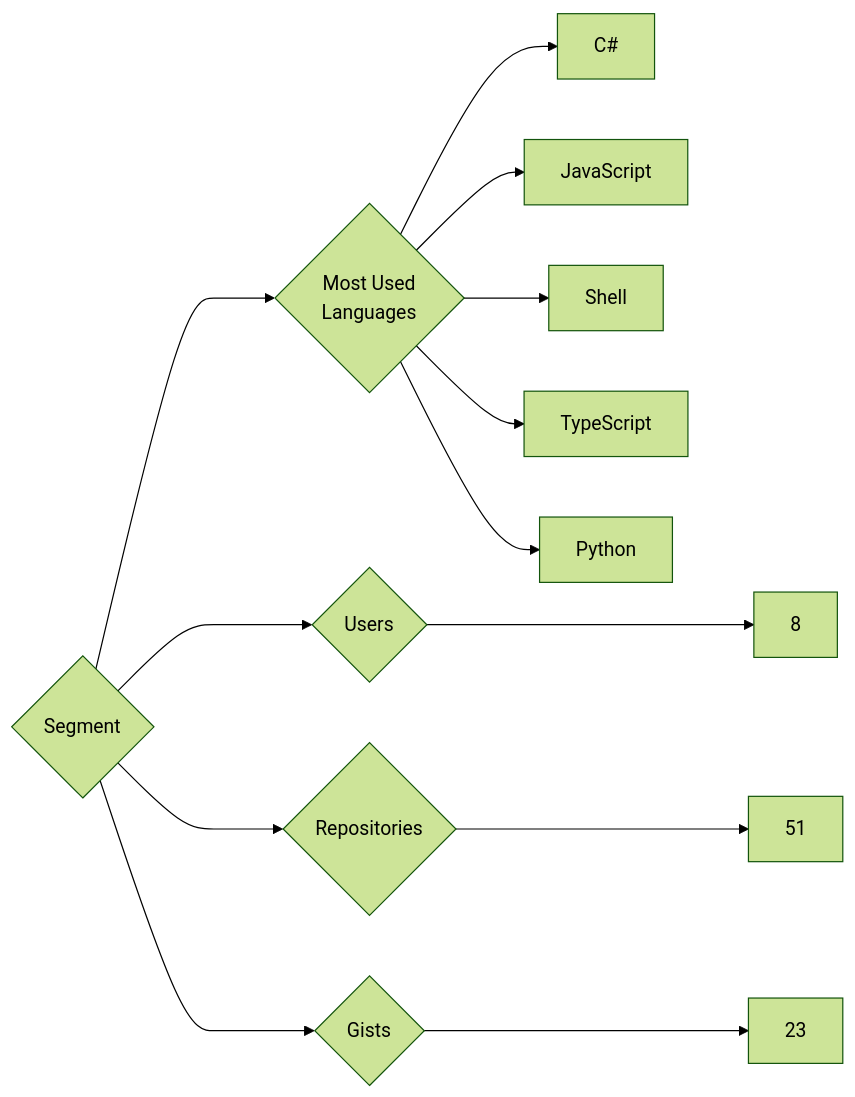
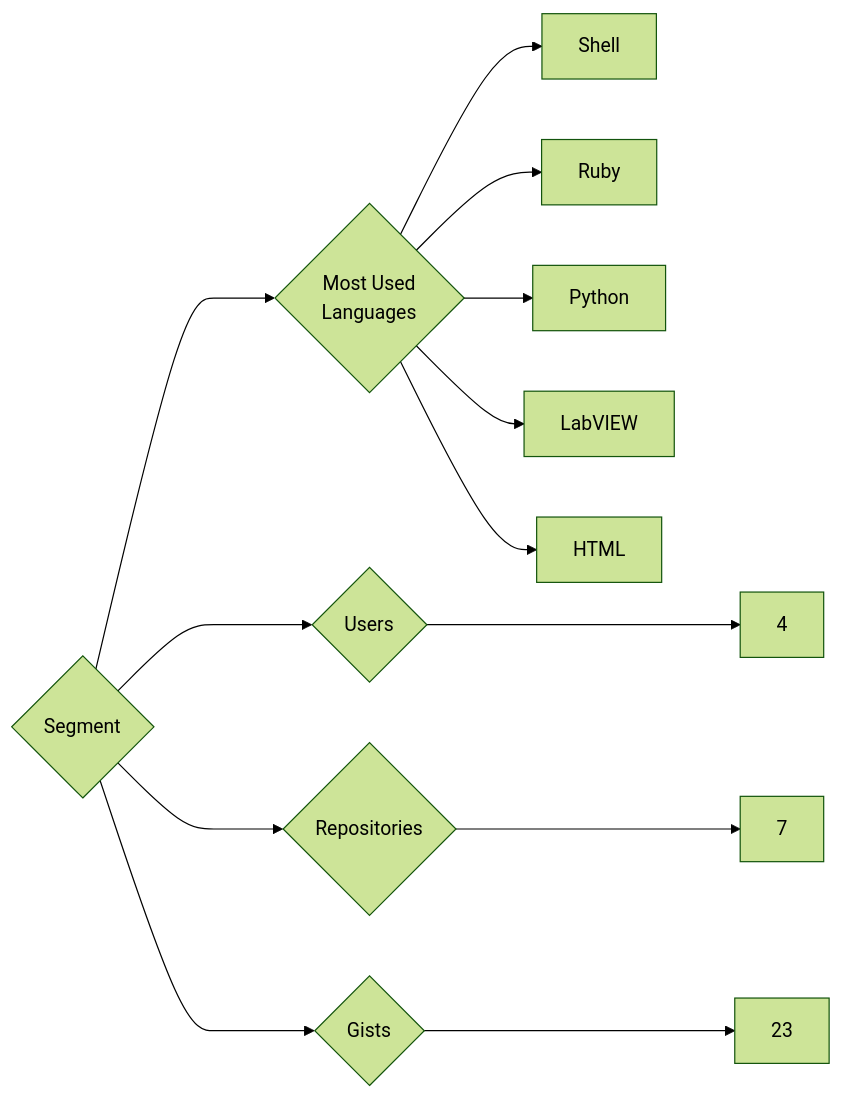
One commit to trickest/insiders changed the diagram in targets/Segment/README.md. Above: the diagram before and after it, drawn with Mermaid (forest theme). The commit also changed 770 other files, not shown here.

````diff
--- a/targets/Segment/README.md
+++ b/targets/Segment/README.md
@@ -3,13 +3,13 @@
 ```mermaid
 graph LR
 COMPANY_NAME{Segment}
-COMPANY_NAME ---> U{Users} ---> UN[8]
-COMPANY_NAME ---> R{Repositories} ---> RN[51]
+COMPANY_NAME ---> U{Users} ---> UN[4]
+COMPANY_NAME ---> R{Repositories} ---> RN[7]
 COMPANY_NAME ---> G{Gists} ---> GN[23]
 COMPANY_NAME ---> ML{Most Used<br>Languages}
-ML --> C#[C#]
-ML --> JavaScript[JavaScript]
 ML --> Shell[Shell]
-ML --> TypeScript[TypeScript]
+ML --> Ruby[Ruby]
 ML --> Python[Python]
+ML --> LabVIEW[LabVIEW]
+ML --> HTML[HTML]
 ```
````
